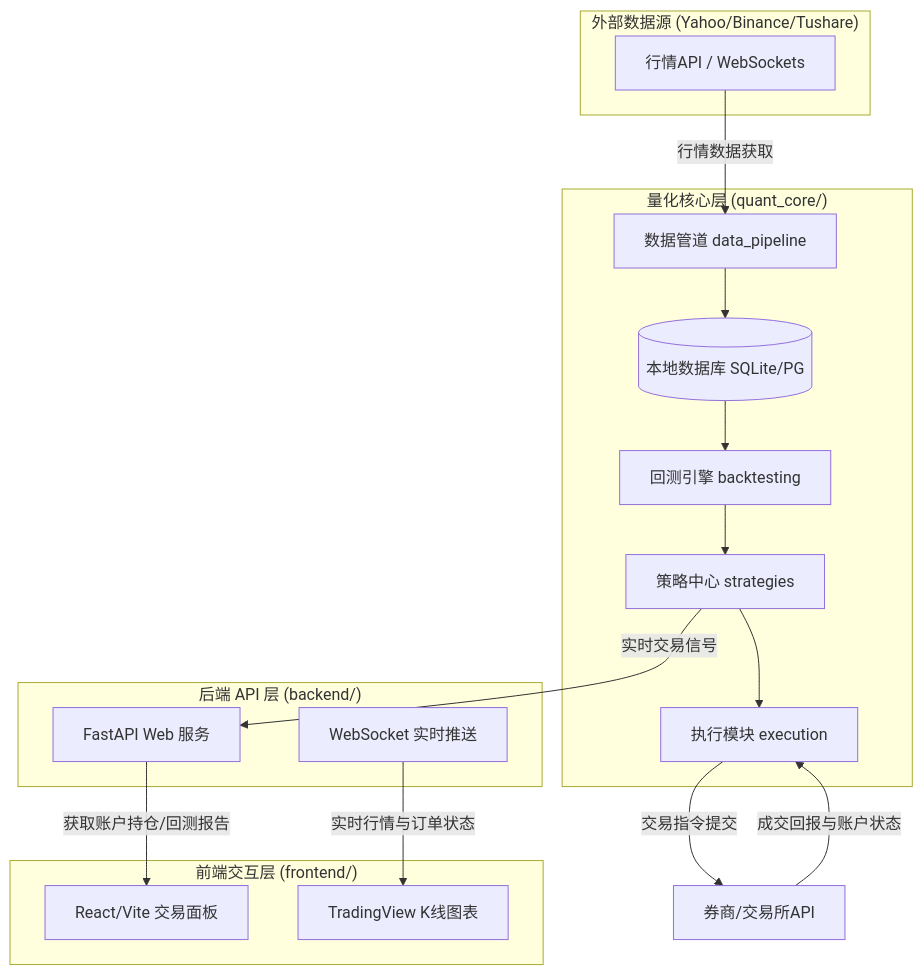
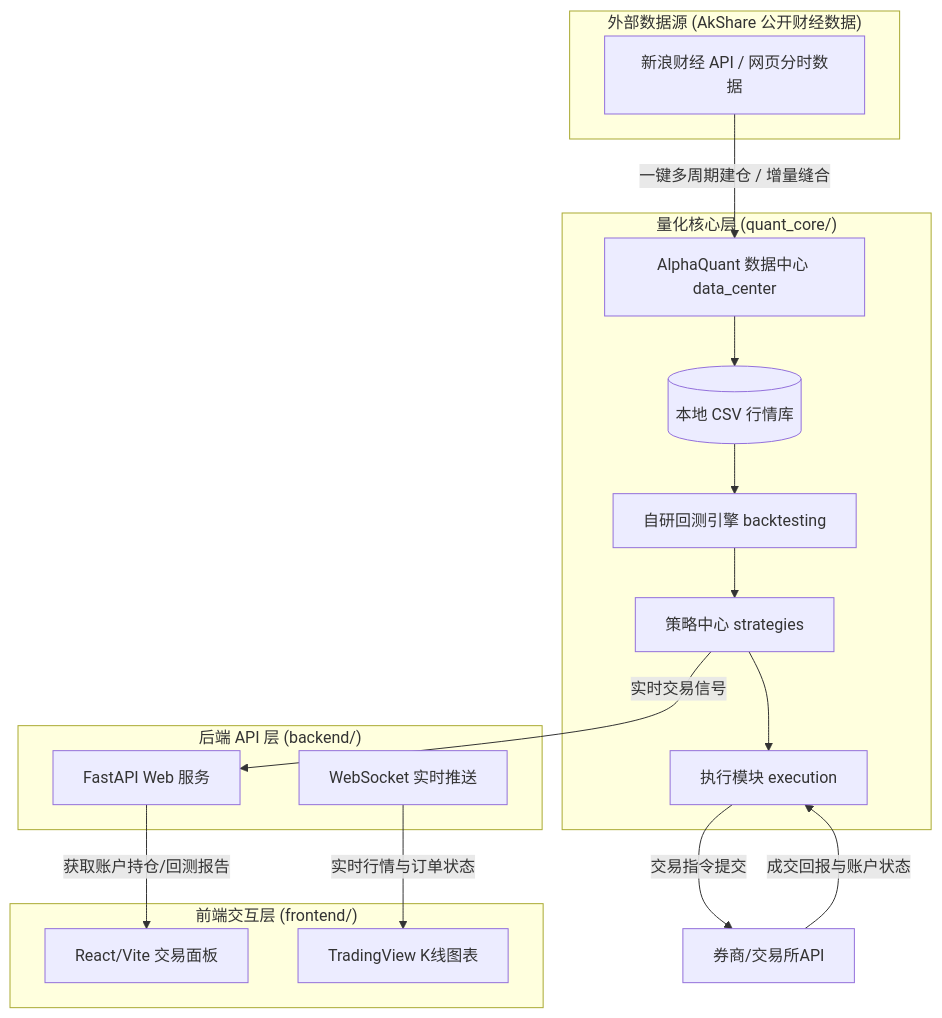
The diagram in README.md (pangbo0000/quant-trading), drawn with Mermaid before and after one commit. The commit also changed other lines of this file, not shown here.

Commit message:
Update README.md: Add comprehensive Data Center operation and architecture guidelines

````diff
--- a/README.md
+++ b/README.md
@@ -11,35 +11,35 @@
 ```mermaid
 graph TD
     %% 外部数据源
-    subgraph DataSources["外部数据源 (Yahoo/Binance/Tushare)"]
-        DS[行情API / WebSockets]
+    subgraph DataSources["外部数据源 (AkShare 公开财经数据)"]
+        DS[新浪财经 API / 网页分时数据]
     end
 
     %% 量化核心层
     subgraph QuantCore["量化核心层 (quant_core/)"]
-        DP[数据管道 data_pipeline] --> DB[(本地数据库 SQLite/PG)]
-        BT[回测引擎 backtesting] --> STR[策略中心 strategies]
+        DP[AlphaQuant 数据中心 data_center] --> DB[(本地 CSV 行情库)]
+        BT[自研回测引擎 backtesting] --> STR[策略中心 strategies]
         STR --> EX[执行模块 execution]
         DB --> BT
     end
 
     %% 后端 API 层
     subgraph BackendLayer["后端 API 层 (backend/)"]
         API[FastAPI Web 服务]
         WS[WebSocket 实时推送]
     end
 
     %% 前端交互层
     subgraph FrontendLayer["前端交互层 (frontend/)"]
         UI[React/Vite 交易面板]
         KLine[TradingView K线图表]
     end
 
     %% 数据与信号流向
-    DS -->|行情数据获取| DP
+    DS -->|一键多周期建仓 / 增量缝合| DP
     API -->|获取账户持仓/回测报告| UI
     WS -->|实时行情与订单状态| KLine
     EX -->|交易指令提交| Broker[券商/交易所API]
     Broker -->|成交回报与账户状态| EX
     STR -->|实时交易信号| API
 ```
````
